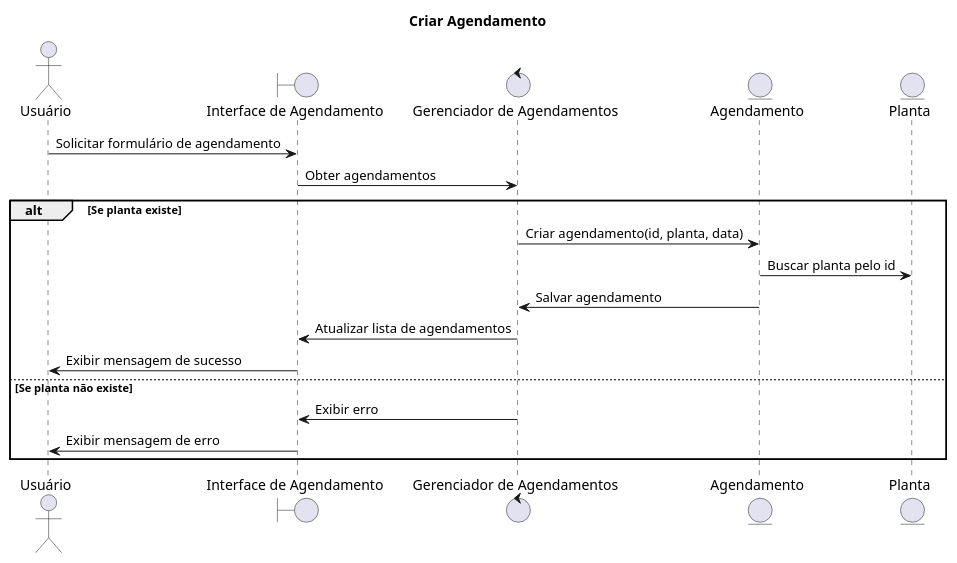
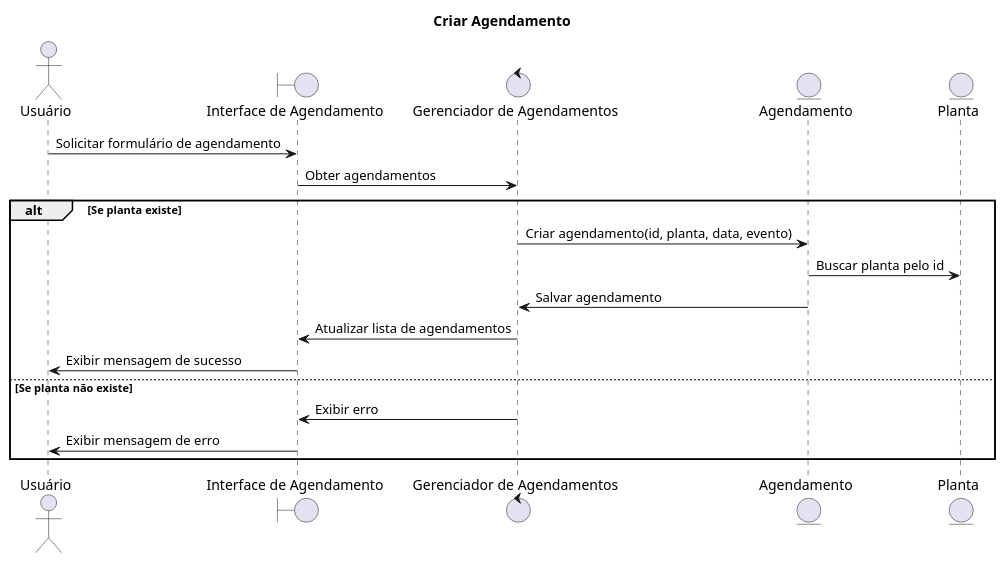
One commit to tiagors09/CareGardenProject changed the diagram in docs/diagramas/src/diagramas_sequencia/frontend/diagrama_sequencia_1.plantuml. Above: the diagram before and after it, drawn with PlantUML.

Commit message:
atualização projeto

```diff
--- a/docs/diagramas/src/diagramas_sequencia/frontend/diagrama_sequencia_1.plantuml
+++ b/docs/diagramas/src/diagramas_sequencia/frontend/diagrama_sequencia_1.plantuml
@@ -1,28 +1,28 @@
 @startuml Diagrama_Sequencia_1
 
 title Criar Agendamento
 
 actor foo1 as "Usuário"
 boundary foo2 as "Interface de Agendamento"
 control foo3 as "Gerenciador de Agendamentos"
 entity foo4 as "Agendamento"
 entity foo5 as "Planta"
 
 foo1 -> foo2 : Solicitar formulário de agendamento
 foo2 -> foo3 : Obter agendamentos
 
 alt Se planta existe
 
-    foo3 -> foo4 : Criar agendamento(id, planta, data)
+    foo3 -> foo4 : Criar agendamento(id, planta, data, evento)
     foo4 -> foo5 : Buscar planta pelo id
     foo4 -> foo3 : Salvar agendamento
     foo3 -> foo2 : Atualizar lista de agendamentos
     foo2 -> foo1 : Exibir mensagem de sucesso
 
 else Se planta não existe
 
     foo3 -> foo2 : Exibir erro
     foo2 -> foo1 : Exibir mensagem de erro
 
 end
 @enduml
```
